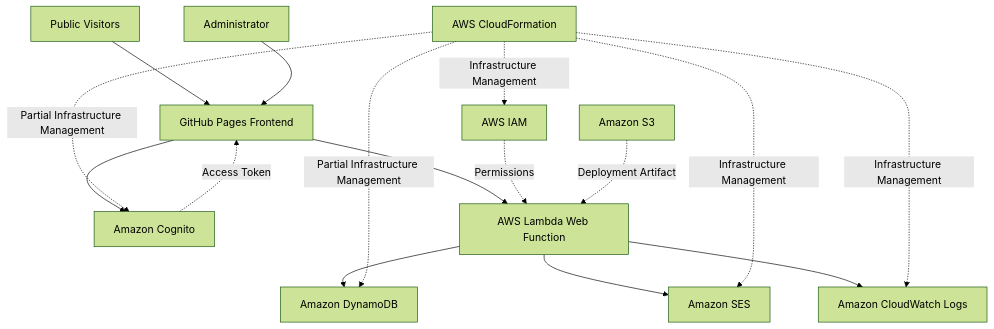
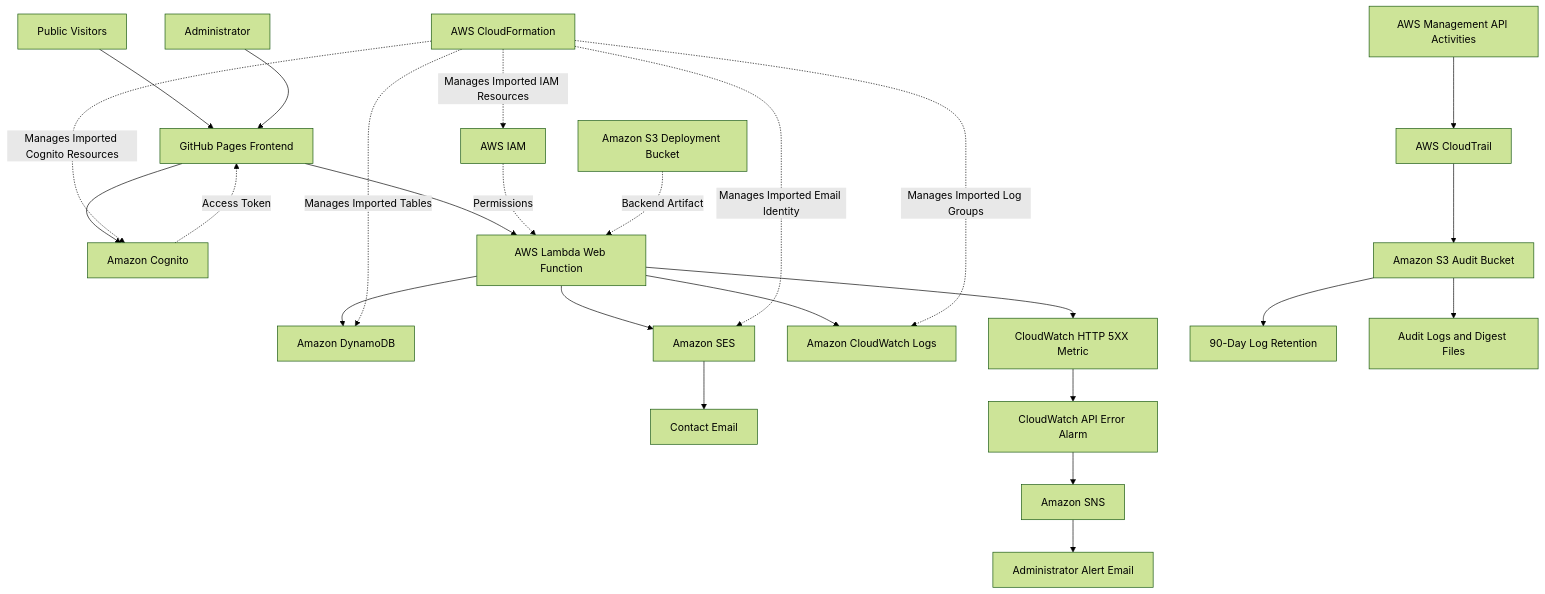
One commit to santhoshpranavk/AWS-Serverless-Student-Portfolio changed the fourth of 7 diagrams in infrastructure/aws-resource-inventory.md. Above: the diagram before and after it, drawn with Mermaid (forest theme). The commit also changed other lines of this file and 1 other file, not shown here.

Commit message:
docs: expand infrastructure reference to 23 resources and document monitoring and auditing

````diff
--- a/infrastructure/aws-resource-inventory.md
+++ b/infrastructure/aws-resource-inventory.md
@@ -1282,18 +1621,34 @@
 ```mermaid
 flowchart TD
     U[Public Visitors] --> G[GitHub Pages Frontend]
     A[Administrator] --> G
+
     G --> C[Amazon Cognito]
+    C -. Access Token .-> G
+
     G --> L[AWS Lambda Web Function]
-    C -. Access Token .-> G
+
     L --> D[Amazon DynamoDB]
     L --> E[Amazon SES]
+    E --> CE[Contact Email]
+
+    I[AWS IAM] -. Permissions .-> L
+    S1[Amazon S3 Deployment Bucket] -. Backend Artifact .-> L
+
     L --> W[Amazon CloudWatch Logs]
-    I[AWS IAM] -. Permissions .-> L
-    S[Amazon S3] -. Deployment Artifact .-> L
-    F[AWS CloudFormation] -. Partial Infrastructure Management .-> D
-    F -. Partial Infrastructure Management .-> C
-    F -. Infrastructure Management .-> I
-    F -. Infrastructure Management .-> W
-    F -. Infrastructure Management .-> E
+    L --> M[CloudWatch HTTP 5XX Metric]
+    M --> AL[CloudWatch API Error Alarm]
+    AL --> N[Amazon SNS]
+    N --> EM[Administrator Alert Email]
+
+    R[AWS Management API Activities] --> T[AWS CloudTrail]
+    T --> S2[Amazon S3 Audit Bucket]
+    S2 --> P[90-Day Log Retention]
+    S2 --> DG[Audit Logs and Digest Files]
+
+    F[AWS CloudFormation] -. Manages Imported Tables .-> D
+    F -. Manages Imported Cognito Resources .-> C
+    F -. Manages Imported IAM Resources .-> I
+    F -. Manages Imported Log Groups .-> W
+    F -. Manages Imported Email Identity .-> E
 ```
````
